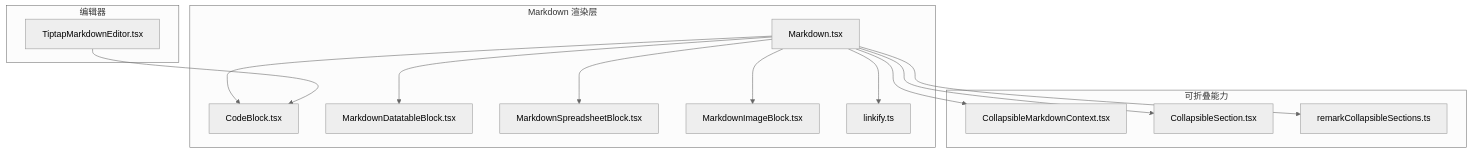
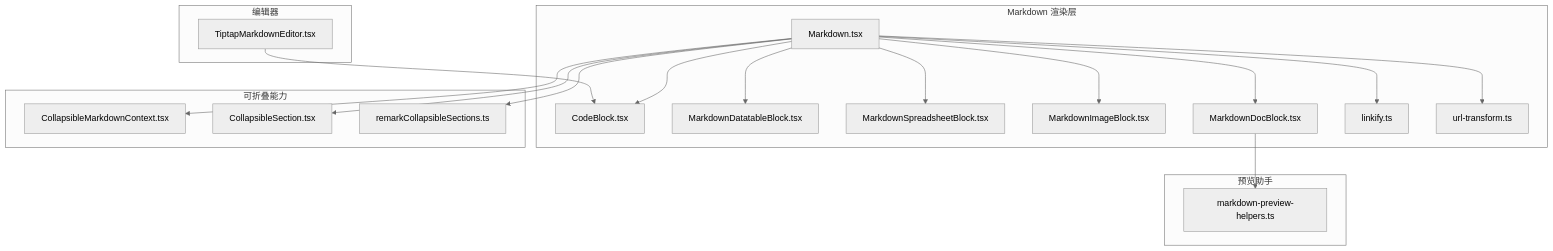
One commit to haolange/craft-agents-oss changed the first of 10 diagrams in .qoder/repowiki/zh/content/UI 组件库/Markdown 组件.md. Above: the diagram before and after it, drawn with Mermaid (neutral theme). The commit also changed other lines of this file and 5 other files, not shown here.

````diff
--- a/.qoder/repowiki/zh/content/UI 组件库/Markdown 组件.md
+++ b/.qoder/repowiki/zh/content/UI 组件库/Markdown 组件.md
@@ -50,28 +63,36 @@
 ```mermaid
 graph TB
 subgraph "Markdown 渲染层"
 M["Markdown.tsx"]
 CB["CodeBlock.tsx"]
 DT["MarkdownDatatableBlock.tsx"]
 SS["MarkdownSpreadsheetBlock.tsx"]
 IM["MarkdownImageBlock.tsx"]
+MD["MarkdownDocBlock.tsx"]
 LCS["linkify.ts"]
+UT["url-transform.ts"]
 end
 subgraph "可折叠能力"
 CMCTX["CollapsibleMarkdownContext.tsx"]
 CS["CollapsibleSection.tsx"]
 RCS["remarkCollapsibleSections.ts"]
+end
+subgraph "预览助手"
+MPH["markdown-preview-helpers.ts"]
 end
 subgraph "编辑器"
 TE["TiptapMarkdownEditor.tsx"]
 end
 M --> CB
 M --> DT
 M --> SS
 M --> IM
+M --> MD
 M --> LCS
+M --> UT
+MD --> MPH
 M --> CMCTX
 M --> CS
 M --> RCS
 TE --> CB
 ```
````
